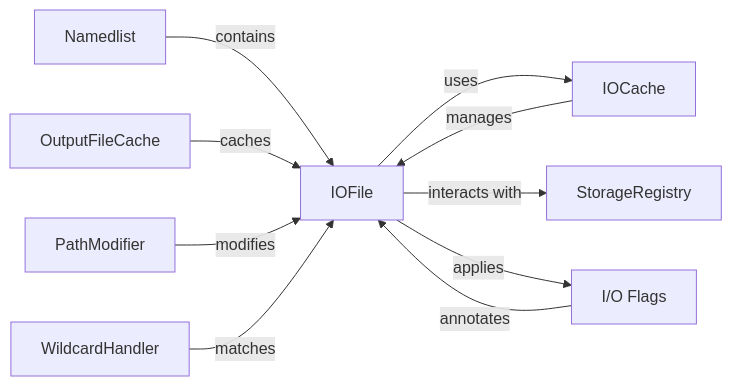
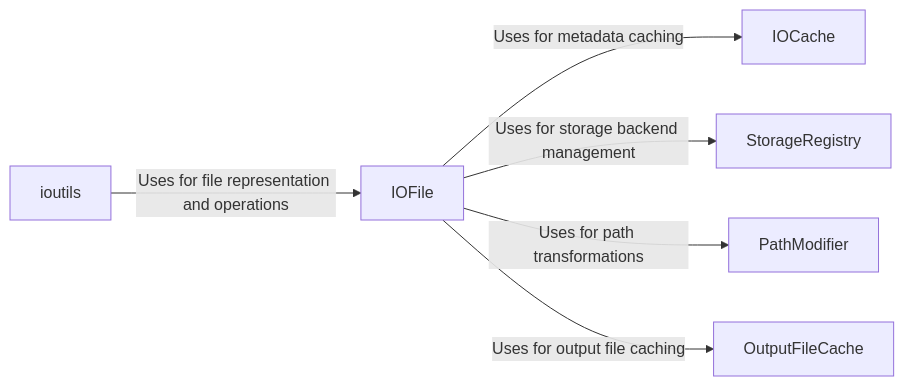
Before and after one commit to CodeBoarding/GeneratedOnBoardings: the diagram in snakemake/I-O and Storage Management.md, drawn with Mermaid. The commit also changed other lines of this file and 11 other files, not shown here.

````diff
--- a/snakemake/I-O and Storage Management.md
+++ b/snakemake/I-O and Storage Management.md
@@ -1,20 +1,14 @@
 ```mermaid
 graph LR
     IOFile["IOFile"]
     IOCache["IOCache"]
-    Namedlist["Namedlist"]
     StorageRegistry["StorageRegistry"]
     OutputFileCache["OutputFileCache"]
     PathModifier["PathModifier"]
-    WildcardHandler["WildcardHandler"]
-    I_O_Flags["I/O Flags"]
-    IOCache -- "manages" --> IOFile
-    IOFile -- "uses" --> IOCache
-    Namedlist -- "contains" --> IOFile
-    IOFile -- "interacts with" --> StorageRegistry
-    OutputFileCache -- "caches" --> IOFile
-    PathModifier -- "modifies" --> IOFile
-    WildcardHandler -- "matches" --> IOFile
-    IOFile -- "applies" --> I_O_Flags
-    I_O_Flags -- "annotates" --> IOFile
+    ioutils["ioutils"]
+    ioutils -- "Uses for file representation and operations" --> IOFile
+    IOFile -- "Uses for metadata caching" --> IOCache
+    IOFile -- "Uses for storage backend management" --> StorageRegistry
+    IOFile -- "Uses for path transformations" --> PathModifier
+    IOFile -- "Uses for output file caching" --> OutputFileCache
 ```
````
